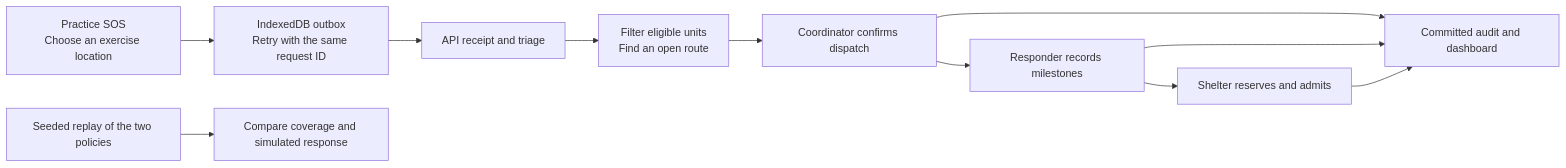
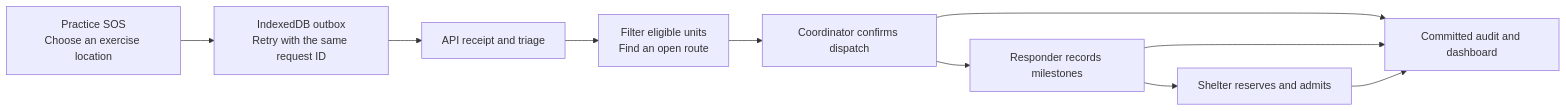
One commit to Manu577228/HydroGrid changed the first of 5 diagrams in README.md. Above: the diagram before and after it, drawn with Mermaid. The commit also changed other lines of this file and 21 other files, not shown here.

````diff
--- a/README.md
+++ b/README.md
@@ -53,13 +57,12 @@
 ```mermaid
 flowchart LR
     A["Practice SOS<br/>Choose an exercise location"] --> B["IndexedDB outbox<br/>Retry with the same request ID"]
     B --> C["API receipt and triage"]
     C --> D["Filter eligible units<br/>Find an open route"]
     D --> E["Coordinator confirms dispatch"]
     E --> F["Responder records milestones"]
     F --> G["Shelter reserves and admits"]
     E --> H["Committed audit and dashboard"]
     F --> H
     G --> H
-    I["Seeded replay of the two policies"] --> J["Compare coverage and simulated response"]
 ```
````
